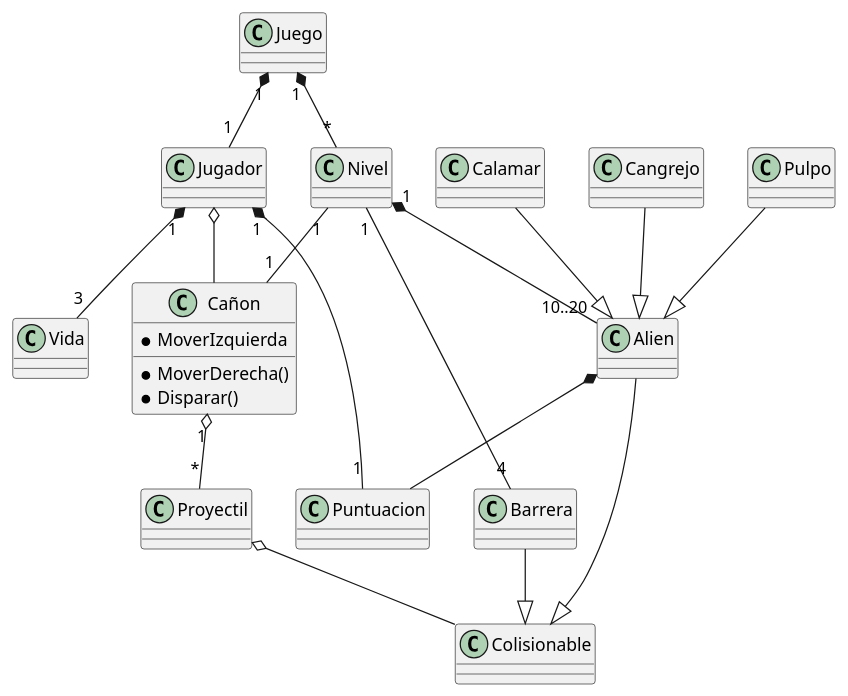
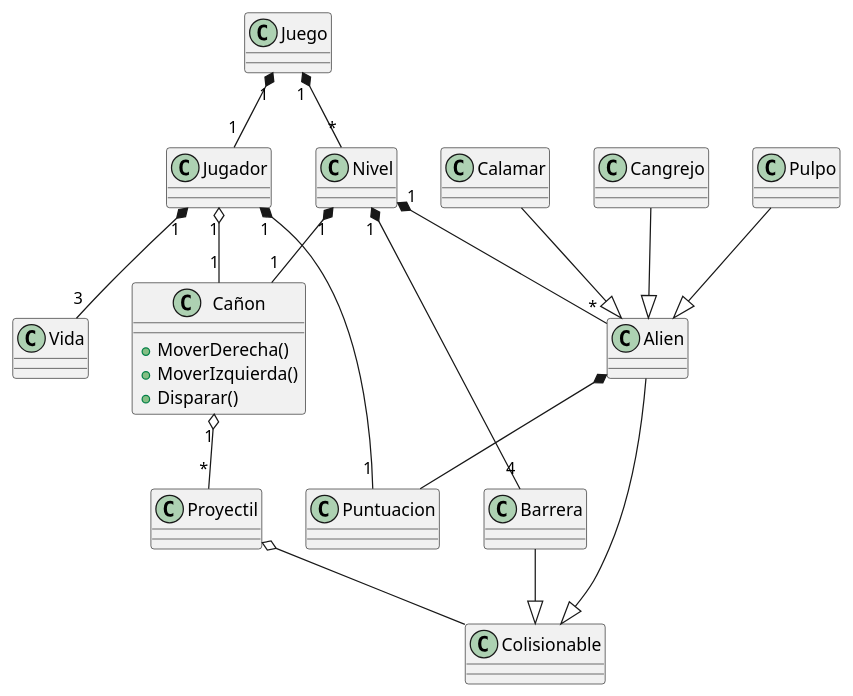
The diagram in docs/space.puml (SantiagoGarciaVazquez/space-invaders), drawn with PlantUML before and after one commit. The commit also changed 3 other files, not shown here.

```diff
--- a/docs/space.puml
+++ b/docs/space.puml
@@ -1,45 +1,46 @@
 @startuml space
 
-class Alien 
+class Alien
 class Pulpo
 class Calamar
 class Cangrejo
-class Cañon {
-    * MoverDerecha()
-    * MoverIzquierda
-    * Disparar()
+class Cañon{
+    + MoverDerecha()
+    + MoverIzquierda()
+    + Disparar()
 }
 class Barrera
 class Proyectil
 class Vida
 class Juego
 class Puntuacion
 class Nivel
 class Jugador
 class Colisionable
 
 Juego "1" *-- "*" Nivel
-Nivel "1" *-- "10..20" Alien
-Nivel "1" -- "4" Barrera
-Nivel "1" -- "1" Cañon
+Nivel "1" *-- "*" Alien
+Nivel "1" *-- "4" Barrera
+Nivel "1" *-- "1" Cañon
 
-Jugador o-- Cañon
+Jugador "1" o-- "1" Cañon
 Jugador "1" *-- "3" Vida
 Jugador "1" *-- "1" Puntuacion
 
 Cañon "1" o-- "*" Proyectil
 
 Juego "1" *-- "1" Jugador
 
 Proyectil o-- Colisionable
 
 Barrera --|> Colisionable
 Alien --|> Colisionable
 
 Pulpo --|> Alien
 Calamar --|> Alien
 Cangrejo --|> Alien
 
-Alien *-- Puntuacion 
+Alien *-- Puntuacion
+
 
 @enduml
```
